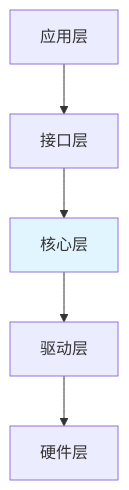
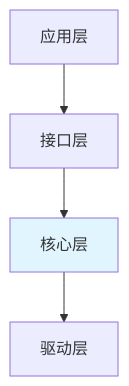
Before and after one commit to niusulong/.spec-embedded-iot: the first of 5 diagrams in skills/spec-code-summary/references/code-summary-template.md, drawn with Mermaid. The commit also changed other lines of this file and 1 other file, not shown here.

````diff
--- a/skills/spec-code-summary/references/code-summary-template.md
+++ b/skills/spec-code-summary/references/code-summary-template.md
@@ -60,8 +43,7 @@
 ```mermaid
 graph TB
     APP[应用层] --> API[接口层]
     API --> CORE[核心层]
     CORE --> DRV[驱动层]
-    DRV --> HAL[硬件层]
     style CORE fill:#e1f5ff
 ```
````
